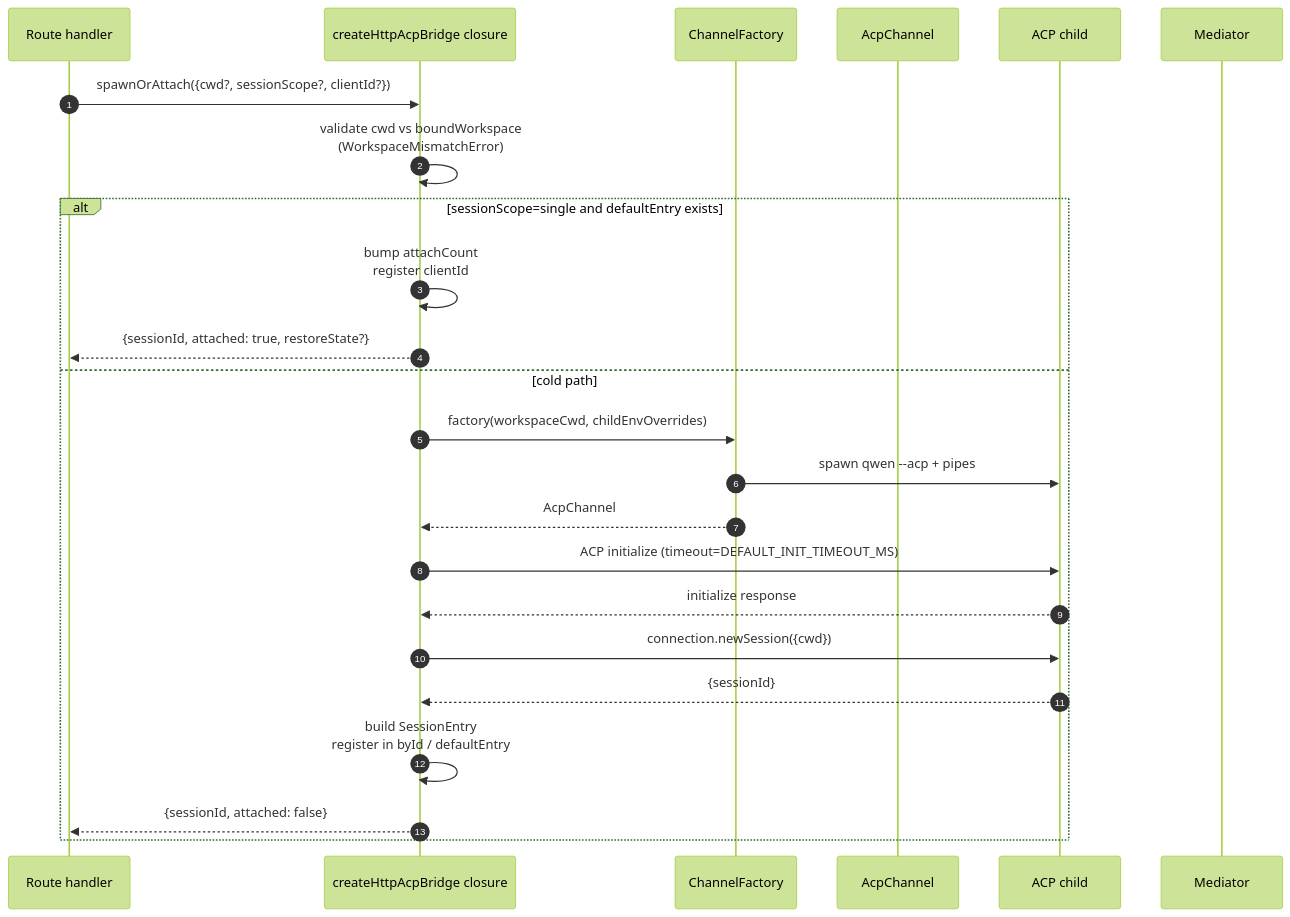
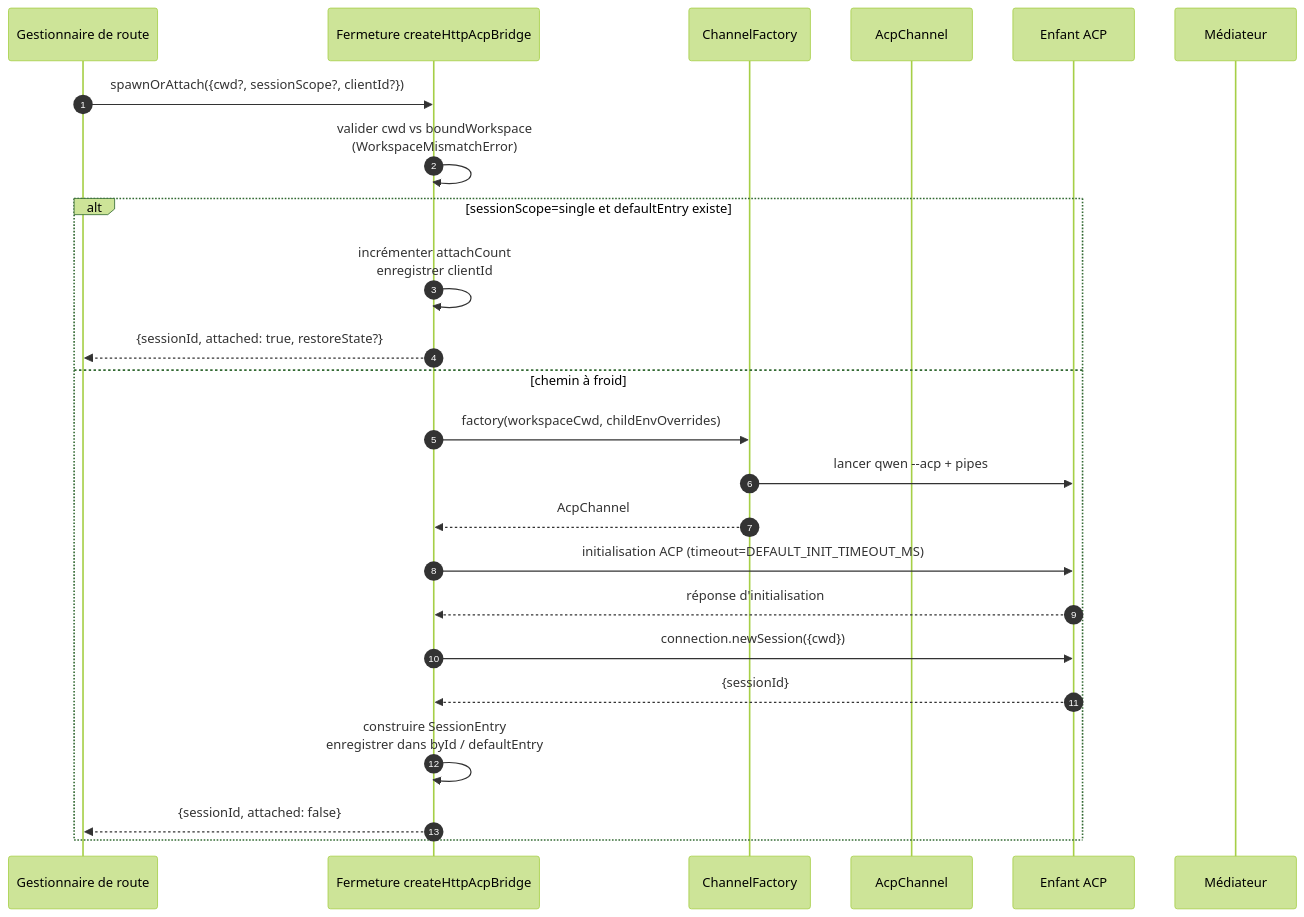
The first of 4 diagrams in website/content/fr/developers/daemon/03-acp-bridge.md (QwenLM/qwen-code-docs), drawn with Mermaid (forest theme) before and after one commit. The commit also changed other lines of this file and 1077 other files, not shown here.

````diff
--- a/website/content/fr/developers/daemon/03-acp-bridge.md
+++ b/website/content/fr/developers/daemon/03-acp-bridge.md
@@ -58,27 +60,27 @@
 ```mermaid
 sequenceDiagram
     autonumber
-    participant R as Route handler
-    participant B as createHttpAcpBridge closure
+    participant R as Gestionnaire de route
+    participant B as Fermeture createHttpAcpBridge
     participant CF as ChannelFactory
     participant CH as AcpChannel
-    participant ACP as ACP child
-    participant M as Mediator
+    participant ACP as Enfant ACP
+    participant M as Médiateur
 
     R->>B: spawnOrAttach({cwd?, sessionScope?, clientId?})
-    B->>B: validate cwd vs boundWorkspace<br/>(WorkspaceMismatchError)
-    alt sessionScope=single and defaultEntry exists
-        B->>B: bump attachCount<br/>register clientId
+    B->>B: valider cwd vs boundWorkspace<br/>(WorkspaceMismatchError)
+    alt sessionScope=single et defaultEntry existe
+        B->>B: incrémenter attachCount<br/>enregistrer clientId
         B-->>R: {sessionId, attached: true, restoreState?}
-    else cold path
+    else chemin à froid
         B->>CF: factory(workspaceCwd, childEnvOverrides)
-        CF->>ACP: spawn qwen --acp + pipes
+        CF->>ACP: lancer qwen --acp + pipes
         CF-->>B: AcpChannel
-        B->>ACP: ACP initialize (timeout=DEFAULT_INIT_TIMEOUT_MS)
-        ACP-->>B: initialize response
+        B->>ACP: initialisation ACP (timeout=DEFAULT_INIT_TIMEOUT_MS)
+        ACP-->>B: réponse d'initialisation
         B->>ACP: connection.newSession({cwd})
         ACP-->>B: {sessionId}
-        B->>B: build SessionEntry<br/>register in byId / defaultEntry
+        B->>B: construire SessionEntry<br/>enregistrer dans byId / defaultEntry
         B-->>R: {sessionId, attached: false}
     end
 ```
````
